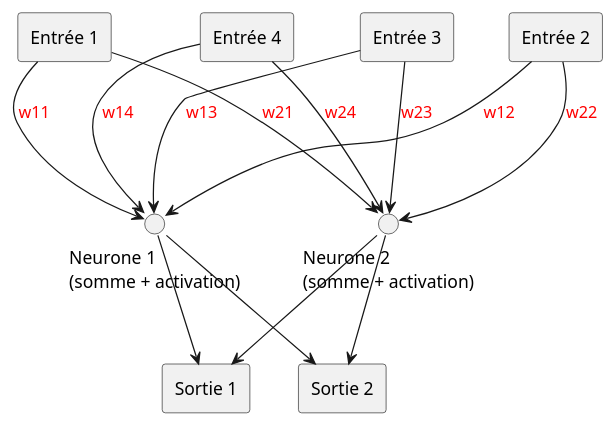
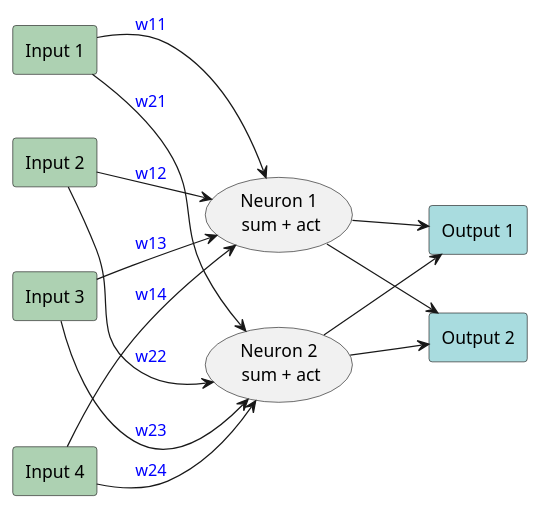
Before and after one commit to gandalf-the-white/azuma: the diagram in README.org, drawn with PlantUML. The commit also changed 1 other file, not shown here.

```diff
--- a/README.org
+++ b/README.org
@@ -165,35 +165,40 @@
 #+begin_src plantuml :file datas/diagram.svg :results silent :exports none 
 @startuml NeuralNetwork
 
 skinparam monochrome false
 skinparam shadowing false
 skinparam defaultFontName Arial
+left to right direction
 
-rectangle "Entrée 3" as input3
-rectangle "Entrée 4" as input4
-rectangle "Entrée 1" as input1
-rectangle "Entrée 2" as input2
+skinparam rectangle<<behavior>> {
+	roundCorner 25
+}
 
-circle "Neurone 1\n(somme + activation)" as hidden1
-circle "Neurone 2\n(somme + activation)" as hidden2
+rectangle "Input 1" as input1 #ADD1B2
+rectangle "Input 4" as input4 #ADD1B2
+rectangle "Input 3" as input3 #ADD1B2
+rectangle "Input 2" as input2 #ADD1B2
 
-rectangle "Sortie 1" as output1
-rectangle "Sortie 2" as output2
+usecase "Neuron 1\n sum + act" as hidden1
+usecase "Neuron 2\n sum + act" as hidden2
 
-input1 --> hidden1 #text:red : w11
-input2 --> hidden1 #text:red : w12
-input3 --> hidden1 #text:red : w13
-input4 --> hidden1 #text:red : w14
+rectangle "Output 1" as output1 #A9DCDF
+rectangle "Output 2" as output2 #A9DCDF
 
-input1 --> hidden2 #text:red : w21
-input2 --> hidden2 #text:red : w22
-input3 --> hidden2 #text:red : w23
-input4 --> hidden2 #text:red : w24
+input1 --> hidden1 #text:blue : w11
+input2 --> hidden1 #text:blue : w12
+input3 --> hidden1 #text:blue : w13
+input4 --> hidden1 #text:blue : w14
+
+input1 --> hidden2 #text:blue : w21
+input2 --> hidden2 #text:blue : w22
+input3 --> hidden2 #text:blue : w23
+input4 --> hidden2 #text:blue : w24
 
 hidden1 --> output1
 hidden2 --> output1
 hidden1 --> output2
 hidden2 --> output2
 
 @enduml
 #+end_src
```
